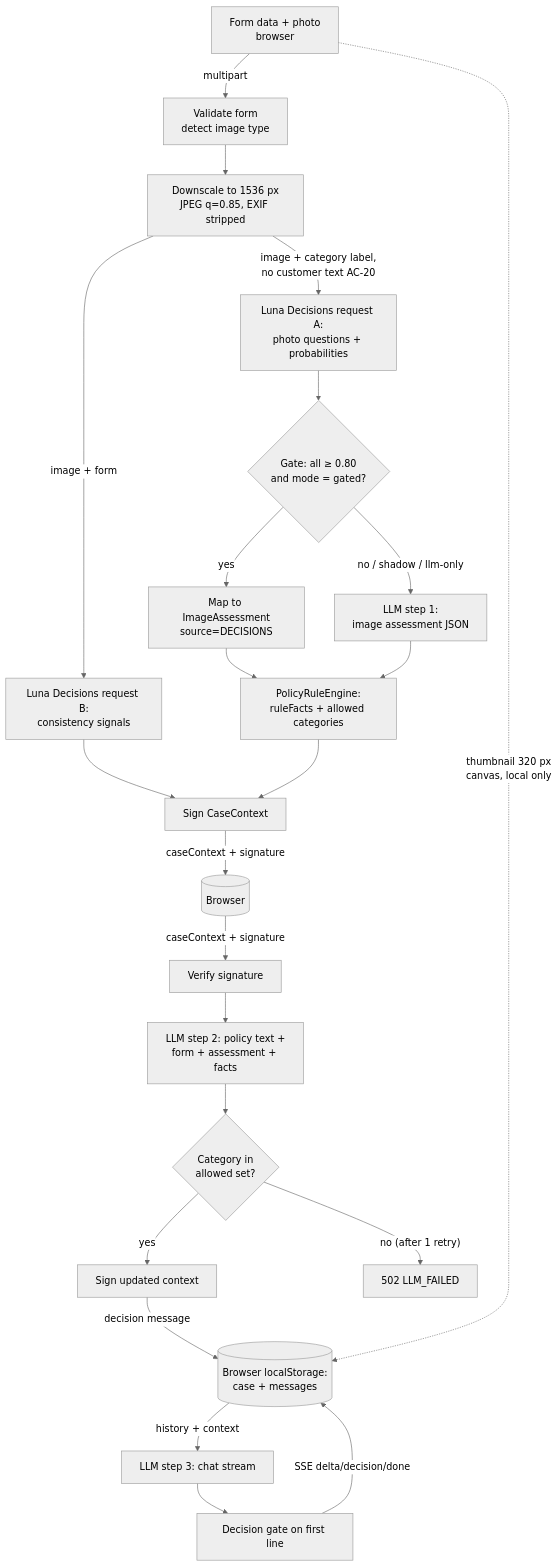
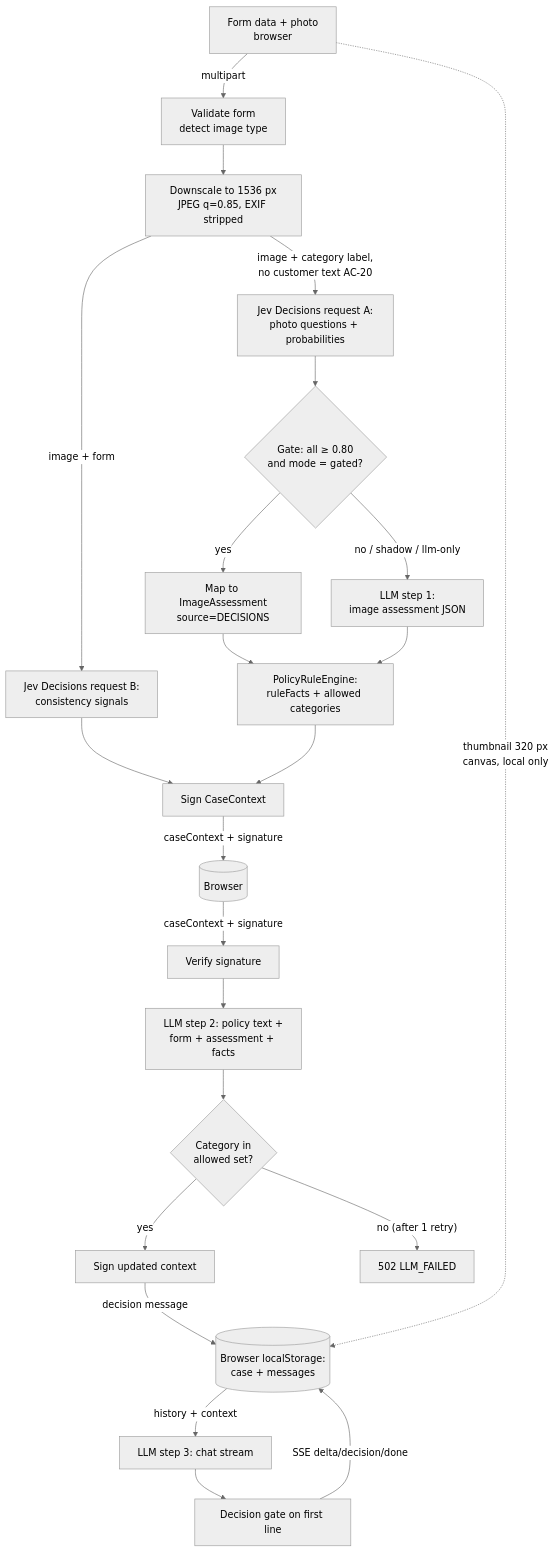
Before and after one commit to BartekBlg/jsystems-ai-programming-2026-11: the second of 7 diagrams in docs/ADR/000-main-architecture.md, drawn with Mermaid (neutral theme). The commit also changed other lines of this file and 5 other files, not shown here.

````diff
--- a/docs/ADR/000-main-architecture.md
+++ b/docs/ADR/000-main-architecture.md
@@ -350,25 +350,25 @@
 ```mermaid
 flowchart TD
     F[Form data + photo<br/>browser] -->|multipart| V[Validate form<br/>detect image type]
     V --> D[Downscale to 1536 px<br/>JPEG q=0.85, EXIF stripped]
-    D -->|image + category label,<br/>no customer text AC-20| PA[Luna Decisions request A:<br/>photo questions + probabilities]
-    D -->|image + form| PB[Luna Decisions request B:<br/>consistency signals]
+    D -->|image + category label,<br/>no customer text AC-20| PA[Jev Decisions request A:<br/>photo questions + probabilities]
+    D -->|image + form| PB[Jev Decisions request B:<br/>consistency signals]
     PA --> GT{Gate: all ≥ 0.80<br/>and mode = gated?}
     GT -- yes --> MP[Map to ImageAssessment<br/>source=DECISIONS]
     GT -- "no / shadow / llm-only" --> A[LLM step 1:<br/>image assessment JSON]
     MP --> R
     A --> R[PolicyRuleEngine:<br/>ruleFacts + allowed categories]
     PB --> S1
     R --> S1[Sign CaseContext]
     S1 -->|caseContext + signature| B1[(Browser)]
     B1 -->|caseContext + signature| VS[Verify signature]
     VS --> L2[LLM step 2: policy text +<br/>form + assessment + facts]
     L2 --> C{Category in<br/>allowed set?}
     C -- yes --> S2[Sign updated context]
     C -- "no (after 1 retry)" --> E[502 LLM_FAILED]
     S2 -->|decision message| B2[(Browser localStorage:<br/>case + messages)]
     B2 -->|history + context| CH[LLM step 3: chat stream]
     CH --> G[Decision gate on first line]
     G -->|SSE delta/decision/done| B2
     F -.->|thumbnail 320 px<br/>canvas, local only| B2
 ```
````
